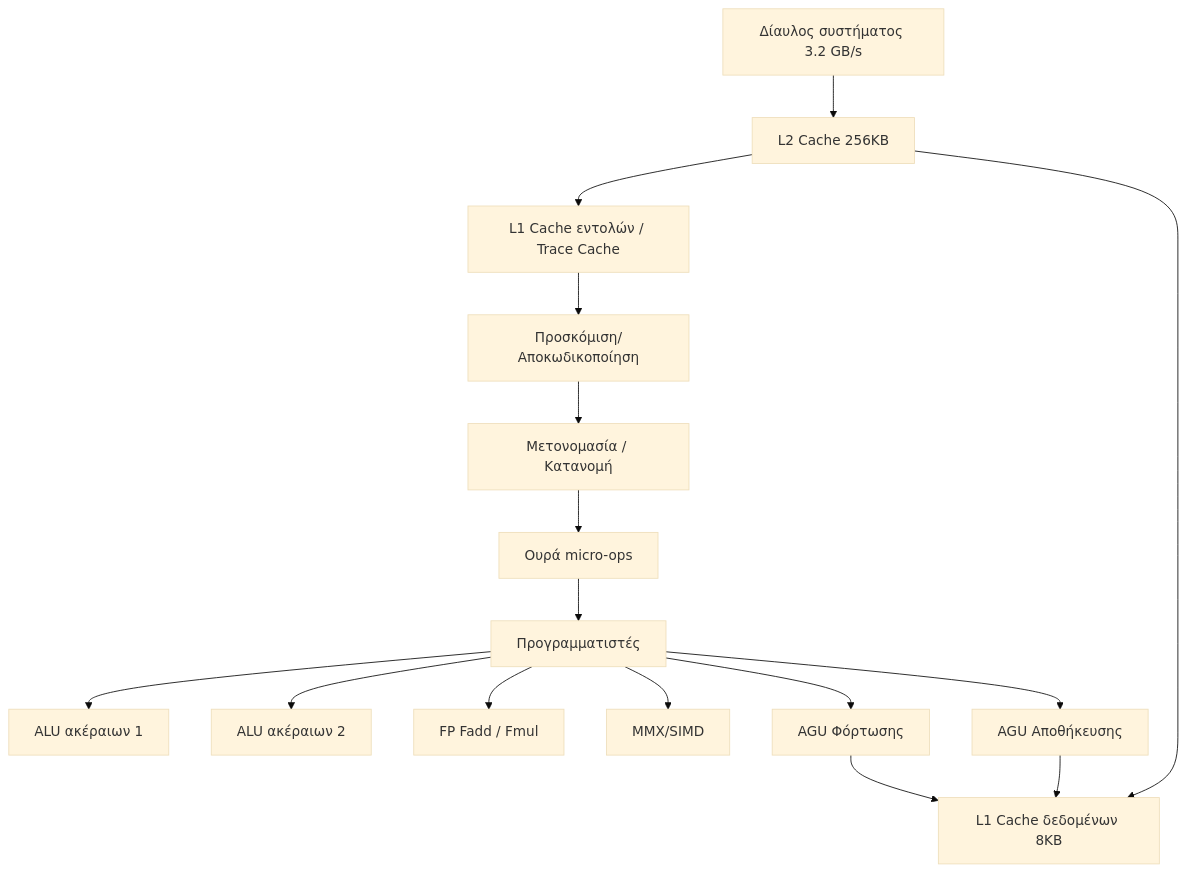
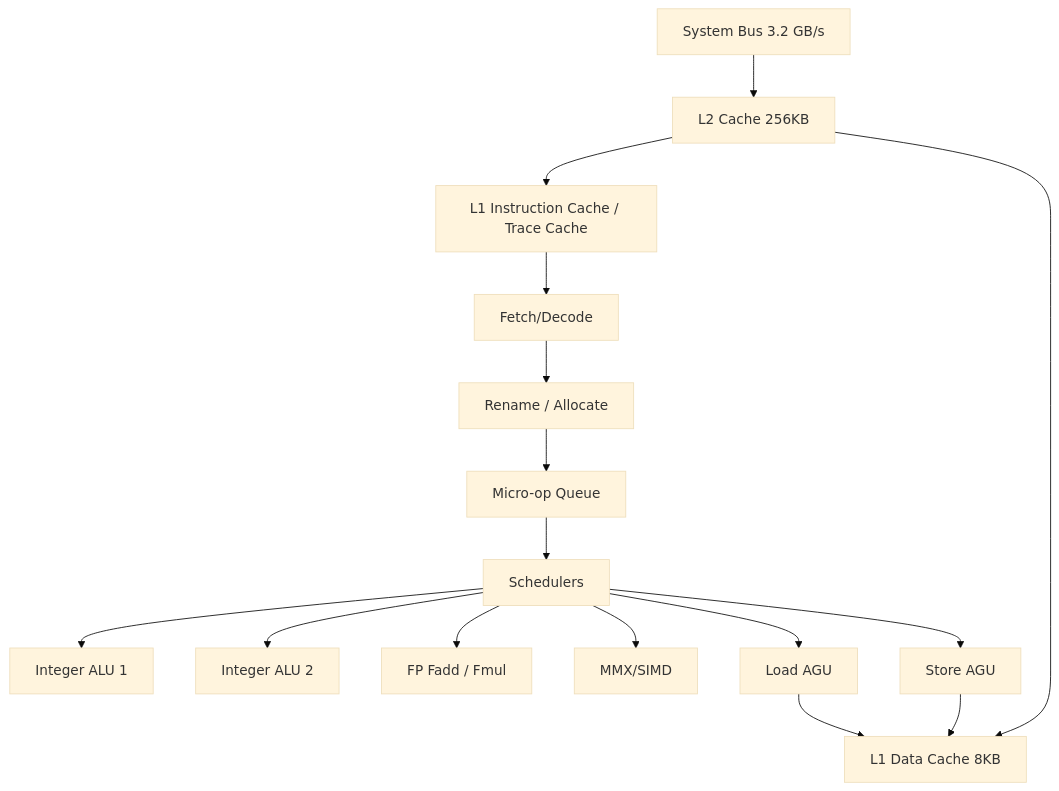
Before and after one commit to PanagopoulosNikolaos/DitOpenNotes: the eighth of 11 diagrams in Year_2/Semester_3/COMPUTER_ARCHITECTURE/Resources/Notes/Superscalar-Processors-Notes-9.md, drawn with Mermaid (base theme). The commit also changed other lines of this file and 50 other files, not shown here.

````diff
--- a/Year_2/Semester_3/COMPUTER_ARCHITECTURE/Resources/Notes/Superscalar-Processors-Notes-9.md
+++ b/Year_2/Semester_3/COMPUTER_ARCHITECTURE/Resources/Notes/Superscalar-Processors-Notes-9.md
@@ -451,21 +451,21 @@
 ```mermaid
 flowchart TB
-    SYS[Δίαυλος συστήματος 3.2 GB/s] --> L2[L2 Cache 256KB]
-    L2 --> L1I[L1 Cache εντολών / Trace Cache]
-    L2 --> L1D[L1 Cache δεδομένων 8KB]
+    SYS[System Bus 3.2 GB/s] --> L2[L2 Cache 256KB]
+    L2 --> L1I[L1 Instruction Cache / Trace Cache]
+    L2 --> L1D[L1 Data Cache 8KB]
 
-    L1I --> FET[Προσκόμιση/Αποκωδικοποίηση]
-    FET --> RENAME[Μετονομασία / Κατανομή]
-    RENAME --> UQ[Ουρά micro-ops]
-    UQ --> SCHED[Προγραμματιστές]
+    L1I --> FET[Fetch/Decode]
+    FET --> RENAME[Rename / Allocate]
+    RENAME --> UQ[Micro-op Queue]
+    UQ --> SCHED[Schedulers]
 
-    SCHED --> INT1[ALU ακέραιων 1]
-    SCHED --> INT2[ALU ακέραιων 2]
+    SCHED --> INT1[Integer ALU 1]
+    SCHED --> INT2[Integer ALU 2]
     SCHED --> FP1[FP Fadd / Fmul]
     SCHED --> MMX[MMX/SIMD]
-    SCHED --> AGU_LD[AGU Φόρτωσης]
-    SCHED --> AGU_ST[AGU Αποθήκευσης]
+    SCHED --> AGU_LD[Load AGU]
+    SCHED --> AGU_ST[Store AGU]
 
     AGU_LD --> L1D
     AGU_ST --> L1D
 ```
````
